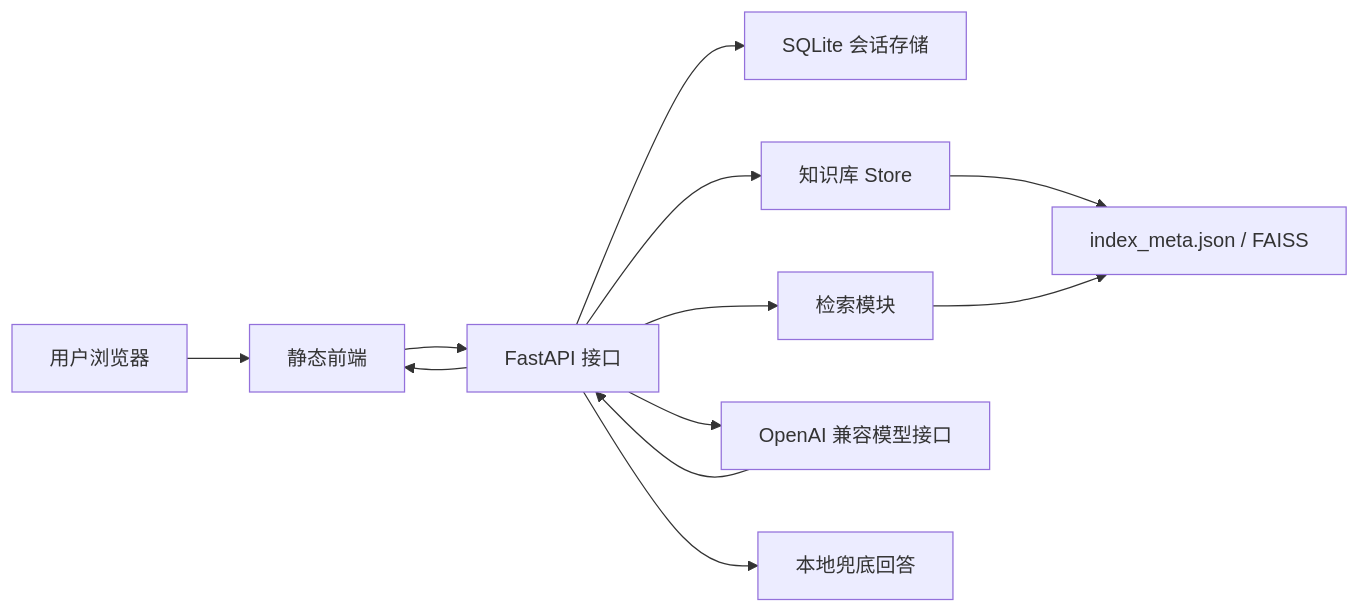
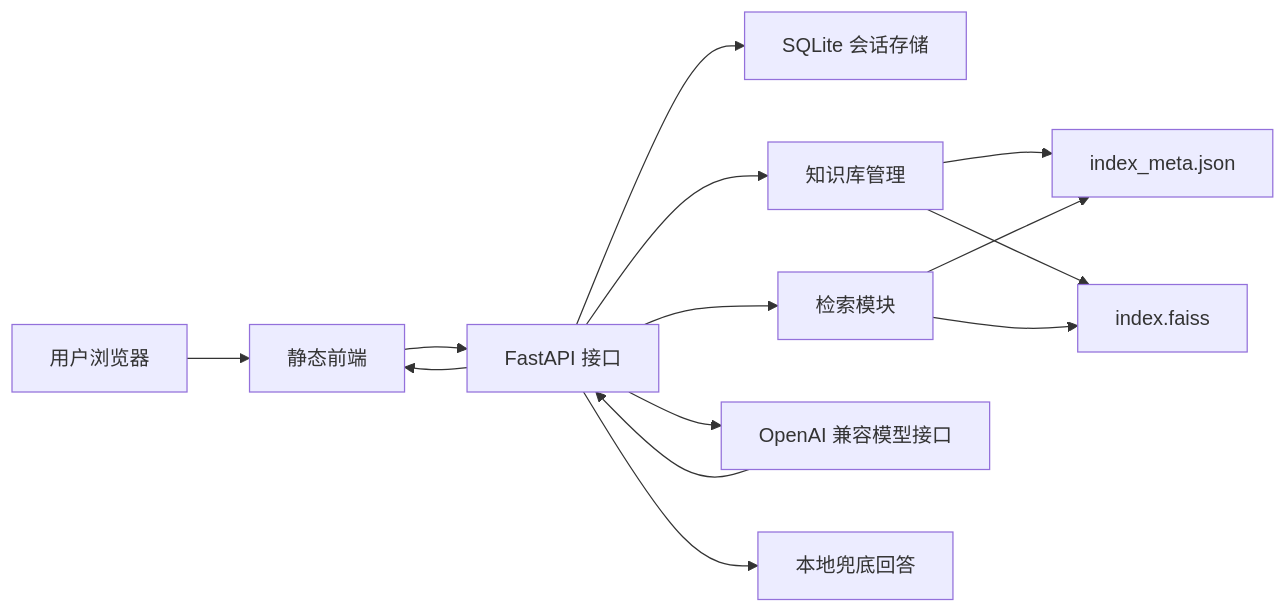
One commit to zgp0406/algoguide-agent changed the first of 2 diagrams in README.md. Above: the diagram before and after it, drawn with Mermaid. The commit also changed other lines of this file and 1 other file, not shown here.

````diff
--- a/README.md
+++ b/README.md
@@ -37,14 +32,16 @@
 ```mermaid
 flowchart LR
   U[用户浏览器] --> F[静态前端]
   F --> A[FastAPI 接口]
   A --> S[SQLite 会话存储]
-  A --> K[知识库 Store]
-  K --> I[index_meta.json / FAISS]
+  A --> K[知识库管理]
+  K --> M[index_meta.json]
+  K --> V[index.faiss]
   A --> R[检索模块]
-  R --> I
-  A --> M[OpenAI 兼容模型接口]
-  M --> A
-  A --> L[本地兜底回答]
+  R --> M
+  R --> V
+  A --> L[OpenAI 兼容模型接口]
+  L --> A
+  A --> B[本地兜底回答]
   A --> F
 ```
````
